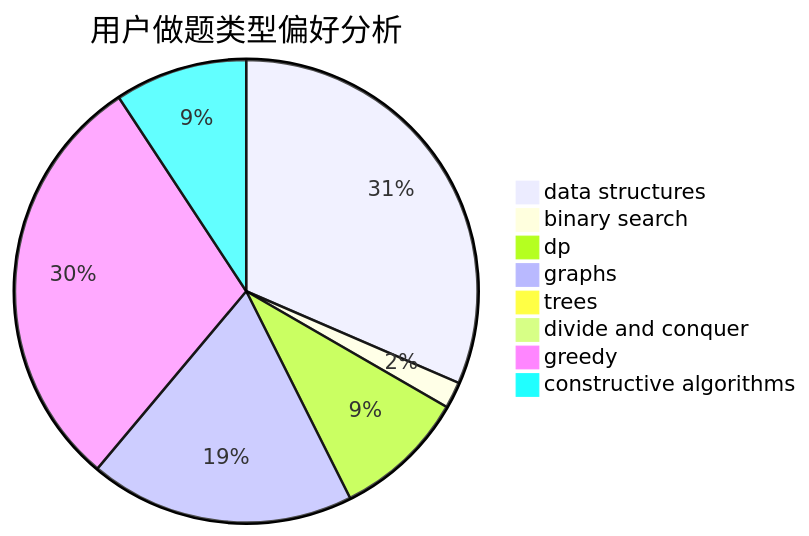
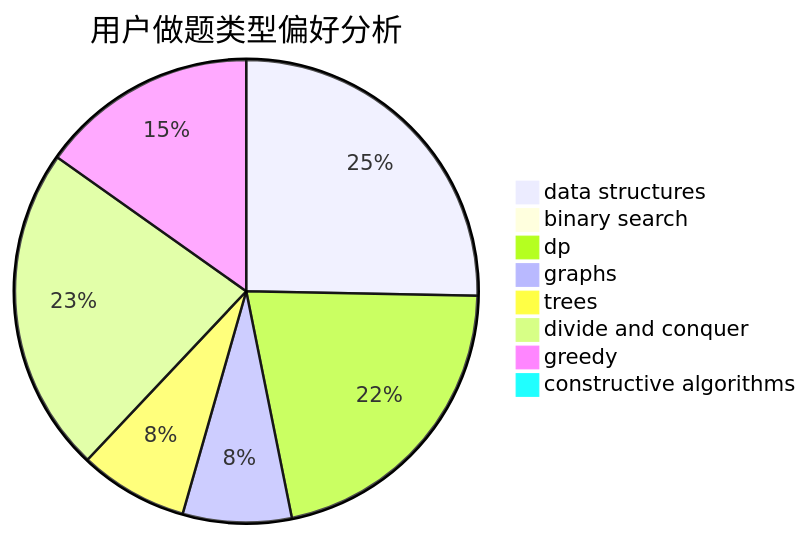
Before and after one commit to sherpahu/cfrs.github.io: the second of 3 diagrams in docs/user/u1115.md, drawn with Mermaid. The commit also changed other lines of this file and 2770 other files, not shown here.

````diff
--- a/docs/user/u1115.md
+++ b/docs/user/u1115.md
@@ -23,11 +23,11 @@
 ```mermaid
 pie title 用户做题类型偏好分析
-    "data structures" :  17
-    "binary search" :  1
-    "dp" :  5
-    "graphs" :  10
-    "trees" :  0
-    "divide and conquer" :  0
-    "greedy" :  16
-    "constructive algorithms" :  5
+    "data structures" :  20
+    "binary search" :  0
+    "dp" :  17
+    "graphs" :  6
+    "trees" :  6
+    "divide and conquer" :  18
+    "greedy" :  12
+    "constructive algorithms" :  0
 ```
````
